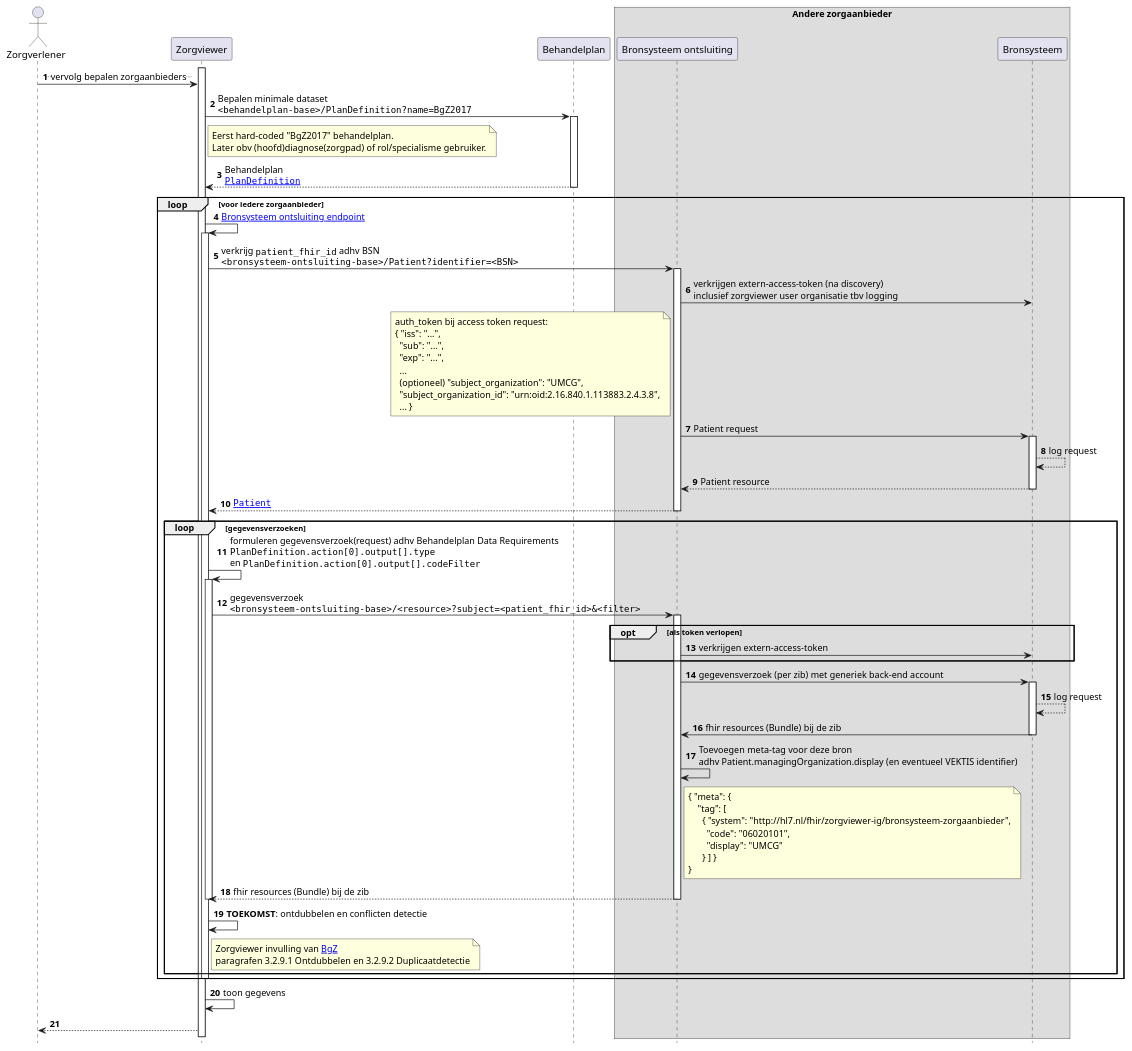
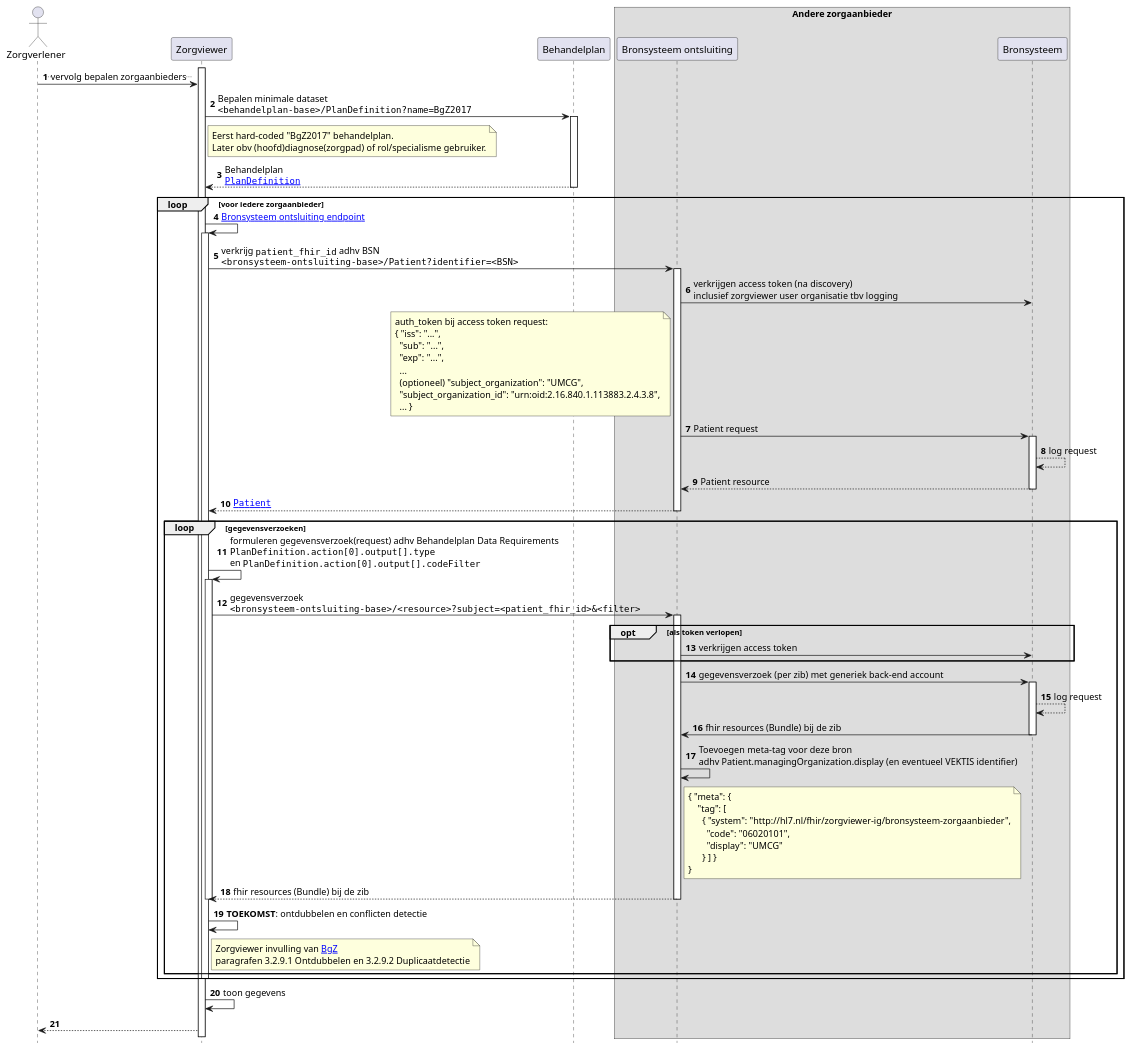
One commit to RIVO-Noord/zorgviewer-ig changed the diagram in input/images-source/Zorgviewer-seq-3.plantuml. Above: the diagram before and after it, drawn with PlantUML. The commit also changed 2 other files, not shown here.

```diff
--- a/input/images-source/Zorgviewer-seq-3.plantuml
+++ b/input/images-source/Zorgviewer-seq-3.plantuml
@@ -1,84 +1,84 @@
 @startuml
 hide footbox
 autonumber
 
 actor Zorgverlener
 participant Zorgviewer
 participant Behandelplan
 box "Andere zorgaanbieder"
 participant "Bronsysteem ontsluiting" as Bron
 participant Bronsysteem
 end box
 
 activate Zorgviewer
 Zorgverlener->Zorgviewer: ..vervolg bepalen zorgaanbieders..
 Zorgviewer->Behandelplan: Bepalen minimale dataset\n""<behandelplan-base>/PlanDefinition?name=BgZ2017""
 note right Zorgviewer
   Eerst hard-coded "BgZ2017" behandelplan.
   Later obv (hoofd)diagnose(zorgpad) of rol/specialisme gebruiker.
 end note
 activate Behandelplan
 Behandelplan-->Zorgviewer: Behandelplan\n""[[StructureDefinition-PlanDefinition.html PlanDefinition]]""
 deactivate Behandelplan
 loop voor iedere zorgaanbieder
   Zorgviewer->Zorgviewer: [[Endpoint-UMCG.html Bronsysteem ontsluiting endpoint]]
   activate Zorgviewer
   Zorgviewer->Bron : verkrijg ""patient_fhir_id"" adhv BSN\n""<bronsysteem-ontsluiting-base>/Patient?identifier=<BSN>""
   activate Bron
-  Bron->Bronsysteem : verkrijgen extern-access-token (na discovery)\ninclusief zorgviewer user organisatie tbv logging
+  Bron->Bronsysteem : verkrijgen access token (na discovery)\ninclusief zorgviewer user organisatie tbv logging
   note left Bron
     auth_token bij access token request:
     { "iss": "...",
       "sub": "...",
       "exp": "...",
       ...
       (optioneel) "subject_organization": "UMCG",
       "subject_organization_id": "urn:oid:2.16.840.1.113883.2.4.3.8",
       ... }
   end note
   Bron->Bronsysteem : Patient request
   activate Bronsysteem
   Bronsysteem-->Bronsysteem: log request
   Bronsysteem-->Bron : Patient resource
   deactivate Bronsysteem
   Bron-->Zorgviewer : ""[[StructureDefinition-Patient.html Patient]]""
   deactivate Bron
   loop gegevensverzoeken
     Zorgviewer->Zorgviewer: formuleren gegevensverzoek(request) adhv Behandelplan Data Requirements\n""PlanDefinition.action[0].output[].type""\nen ""PlanDefinition.action[0].output[].codeFilter""
     activate Zorgviewer
     Zorgviewer->Bron: gegevensverzoek\n""<bronsysteem-ontsluiting-base>/<resource>?subject=<patient_fhir_id>&<filter>""
     activate Bron
     opt als token verlopen
-      Bron->Bronsysteem : verkrijgen extern-access-token
+      Bron->Bronsysteem : verkrijgen access token
     end opt
     Bron->Bronsysteem : gegevensverzoek (per zib) met generiek back-end account
     activate Bronsysteem
     Bronsysteem-->Bronsysteem: log request
     Bronsysteem->Bron: fhir resources (Bundle) bij de zib
     deactivate Bronsysteem
     Bron->Bron: Toevoegen meta-tag voor deze bron\nadhv Patient.managingOrganization.display (en eventueel VEKTIS identifier)
     note right Bron
 { "meta": {
     "tag": [
       { "system": "http://hl7.nl/fhir/zorgviewer-ig/bronsysteem-zorgaanbieder",
         "code": "06020101",
         "display": "UMCG"
       } ] }
 }
     end note
     Bron-->Zorgviewer: fhir resources (Bundle) bij de zib
     deactivate Bron
     deactivate Zorgviewer
     Zorgviewer->Zorgviewer: **TOEKOMST**: ontdubbelen en conflicten detectie
     note right of Zorgviewer
       Zorgviewer invulling van [[https://informatiestandaarden.nictiz.nl/wiki/BgZ:V1.0_BgZ_MSZ_Informatiestandaard BgZ]] 
       paragrafen 3.2.9.1 Ontdubbelen en 3.2.9.2 Duplicaatdetectie
     end note
   end
   deactivate Zorgviewer
 end
 
 Zorgviewer->Zorgviewer: toon gegevens
 Zorgviewer-->Zorgverlener
 
 @enduml
```
